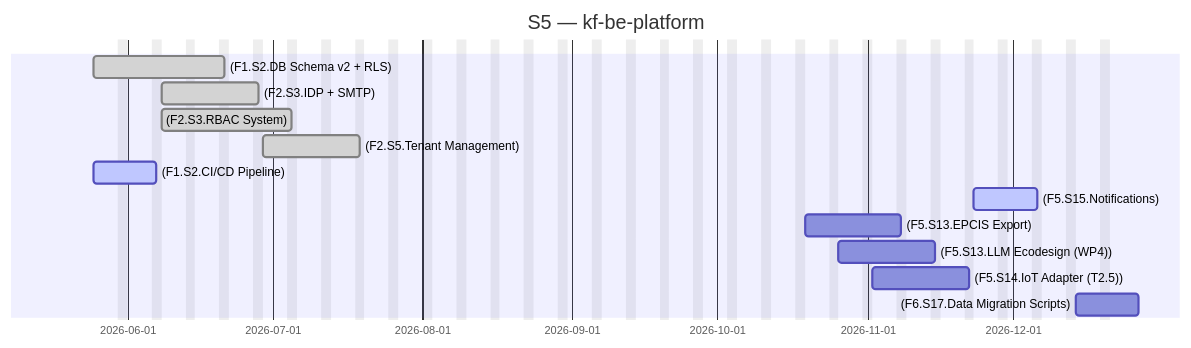
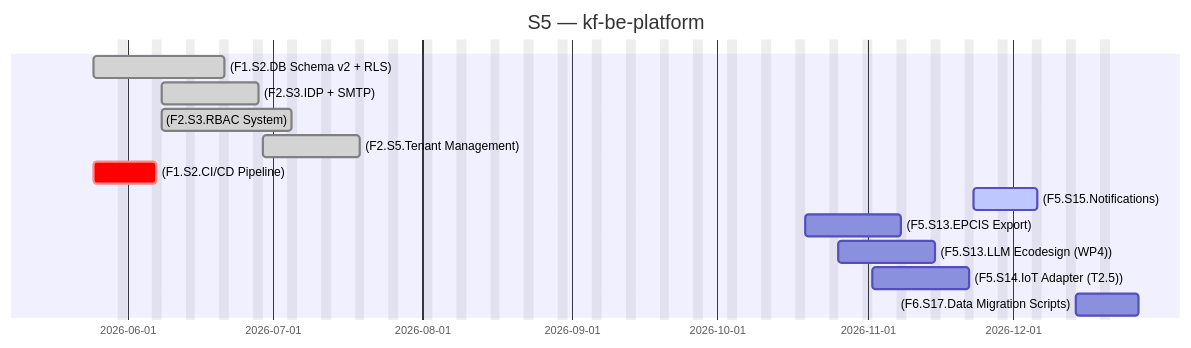
The second of 2 diagrams in docs/_projects/kf-be-platform.md (Katty-Fashion/kf-cpto), drawn with Mermaid before and after one commit. The commit also changed other lines of this file and 12 other files, not shown here.

````diff
--- a/docs/_projects/kf-be-platform.md
+++ b/docs/_projects/kf-be-platform.md
@@ -88,17 +88,17 @@
 ```mermaid
 gantt
     title S5 — kf-be-platform
     dateFormat YYYY-MM-DD
     excludes weekends
 
     (F1.S2.DB Schema v2 + RLS) :done, 2026-05-25, 2026-06-21
     (F2.S3.IDP + SMTP) :done, 2026-06-08, 2026-06-28
     (F2.S3.RBAC System) :done, 2026-06-08, 2026-07-05
     (F2.S5.Tenant Management) :done, 2026-06-29, 2026-07-19
-    (F1.S2.CI/CD Pipeline) :active, 2026-05-25, 2026-06-07
+    (F1.S2.CI/CD Pipeline) :crit, 2026-05-25, 2026-06-07
     (F5.S15.Notifications) :active, 2026-11-23, 2026-12-06
     (F5.S13.EPCIS Export) :2026-10-19, 2026-11-08
     (F5.S13.LLM Ecodesign (WP4)) :2026-10-26, 2026-11-15
     (F5.S14.IoT Adapter (T2.5)) :2026-11-02, 2026-11-22
     (F6.S17.Data Migration Scripts) :2026-12-14, 2026-12-27
 ```
````
